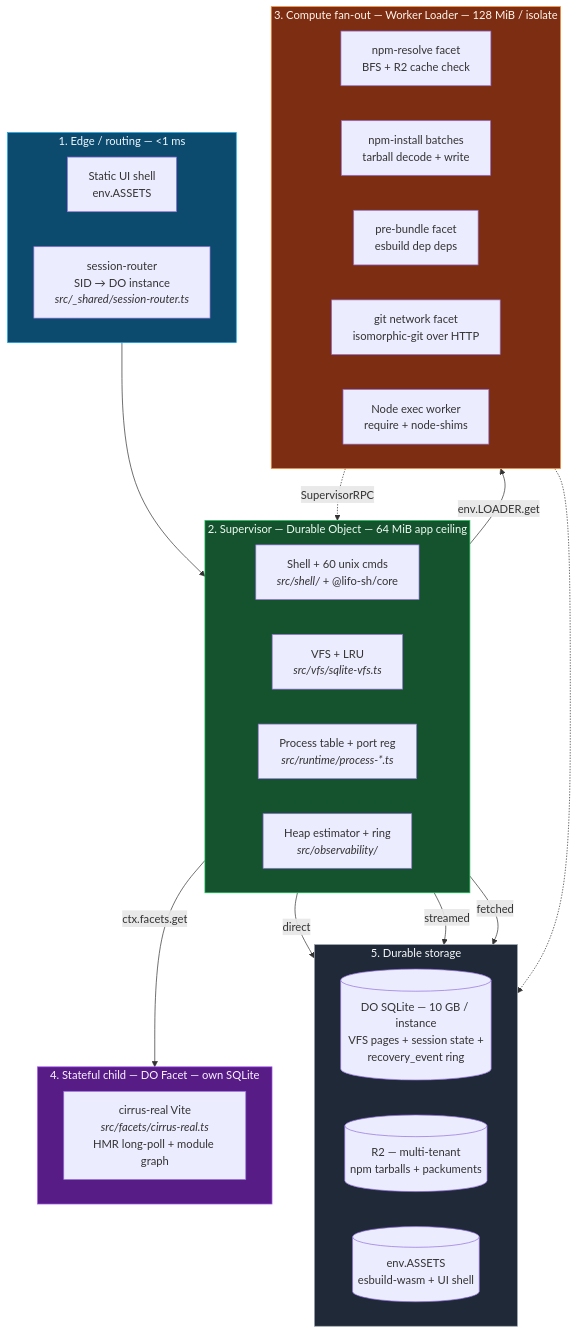
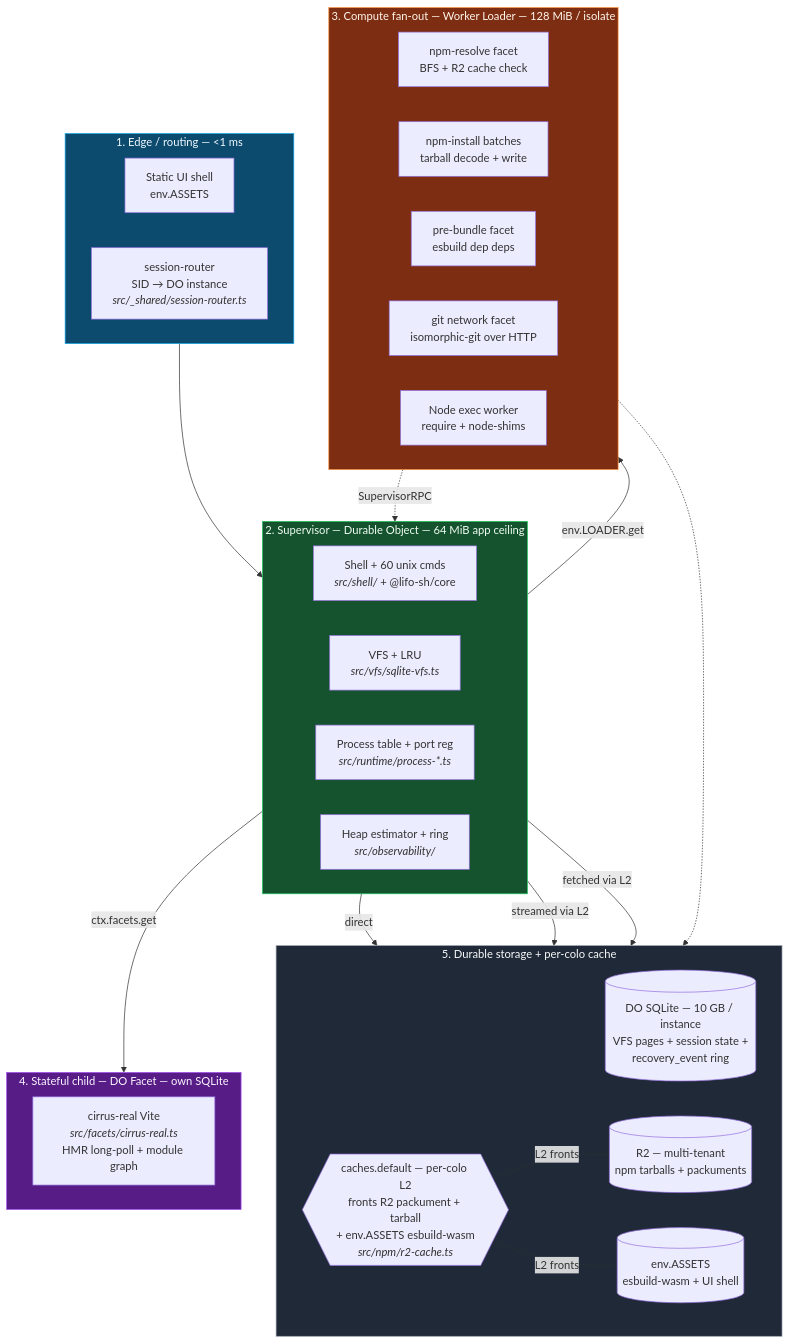
One commit to AshishKumar4/Nimbus changed the fourth of 4 diagrams in README.md. Above: the diagram before and after it, drawn with Mermaid. The commit also changed other lines of this file and 22 other files, not shown here.

````diff
--- a/README.md
+++ b/README.md
@@ -250,56 +251,59 @@
 ```mermaid
 flowchart TB
     subgraph L1["1. Edge / routing — &lt;1 ms"]
         direction LR
         L1A["Static UI shell<br/>env.ASSETS"]
         L1B["session-router<br/>SID → DO instance<br/><i>src/_shared/session-router.ts</i>"]
     end
 
     subgraph L2["2. Supervisor — Durable Object — 64 MiB app ceiling"]
         direction LR
         L2A["Shell + 60 unix cmds<br/><i>src/shell/</i> + @lifo-sh/core"]
         L2B["VFS + LRU<br/><i>src/vfs/sqlite-vfs.ts</i>"]
         L2C["Process table + port reg<br/><i>src/runtime/process-*.ts</i>"]
         L2D["Heap estimator + ring<br/><i>src/observability/</i>"]
     end
 
     subgraph L3["3. Compute fan-out — Worker Loader — 128 MiB / isolate"]
         direction LR
         L3A["npm-resolve facet<br/>BFS + R2 cache check"]
         L3B["npm-install batches<br/>tarball decode + write"]
         L3C["pre-bundle facet<br/>esbuild dep deps"]
         L3D["git network facet<br/>isomorphic-git over HTTP"]
         L3E["Node exec worker<br/>require + node-shims"]
     end
 
     subgraph L4["4. Stateful child — DO Facet — own SQLite"]
         L4A["cirrus-real Vite<br/><i>src/facets/cirrus-real.ts</i><br/>HMR long-poll + module graph"]
     end
 
-    subgraph L5["5. Durable storage"]
+    subgraph L5["5. Durable storage + per-colo cache"]
         direction LR
         L5A[("DO SQLite — 10 GB / instance<br/>VFS pages + session state +<br/>recovery_event ring")]
         L5B[("R2 — multi-tenant<br/>npm tarballs + packuments")]
         L5C[("env.ASSETS<br/>esbuild-wasm + UI shell")]
+        L5D{{"caches.default — per-colo L2<br/>fronts R2 packument + tarball<br/>+ env.ASSETS esbuild-wasm<br/><i>src/npm/r2-cache.ts</i>"}}
     end
 
     L1 --> L2
     L2 -- env.LOADER.get --> L3
     L2 -- ctx.facets.get --> L4
     L2 -- direct --> L5A
-    L2 -- streamed --> L5B
-    L2 -- fetched --> L5C
+    L2 -- streamed via L2 --> L5B
+    L2 -- fetched via L2 --> L5C
+    L5D -. L2 fronts .- L5B
+    L5D -. L2 fronts .- L5C
     L3 -.-> L5B
     L3 -.->|SupervisorRPC| L2
 
     classDef edge fill:#0c4a6e,stroke:#0ea5e9,color:#f0f9ff
     classDef sup fill:#14532d,stroke:#22c55e,color:#f0fdf4
     classDef loader fill:#7c2d12,stroke:#fb923c,color:#fff7ed
     classDef facet fill:#581c87,stroke:#a855f7,color:#faf5ff
     classDef store fill:#1f2937,stroke:#9ca3af,color:#f9fafb
     class L1 edge
     class L2 sup
     class L3 loader
     class L4 facet
     class L5 store
 ```
````
